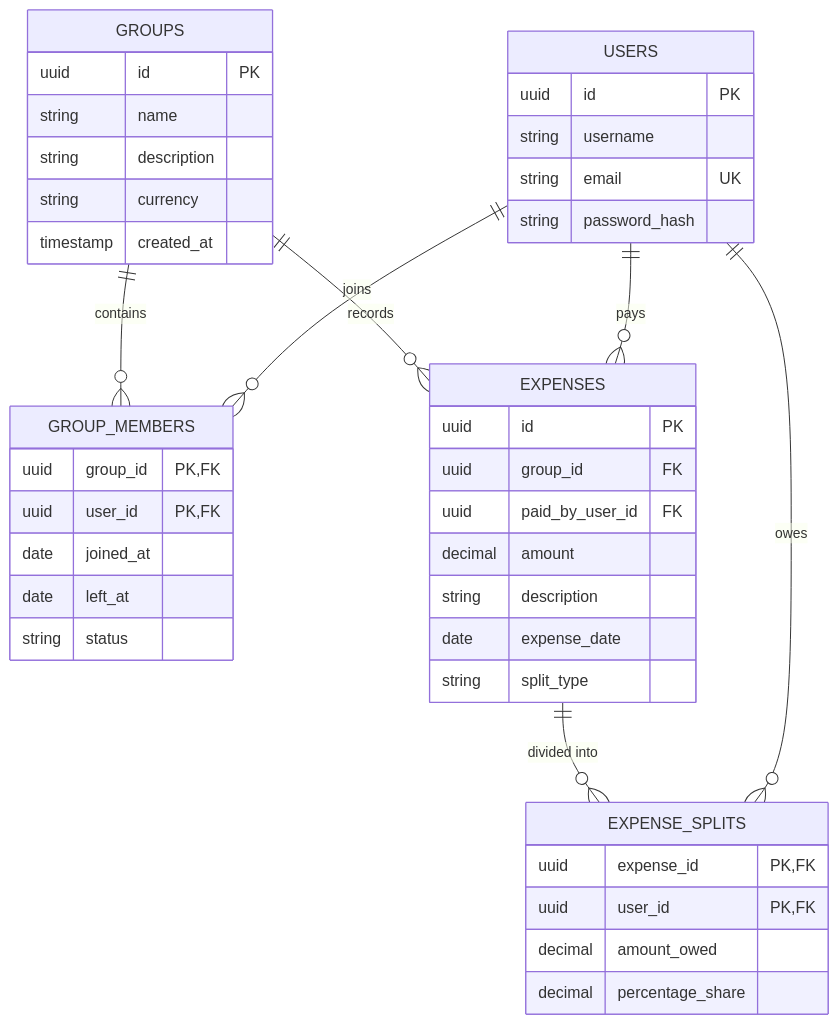
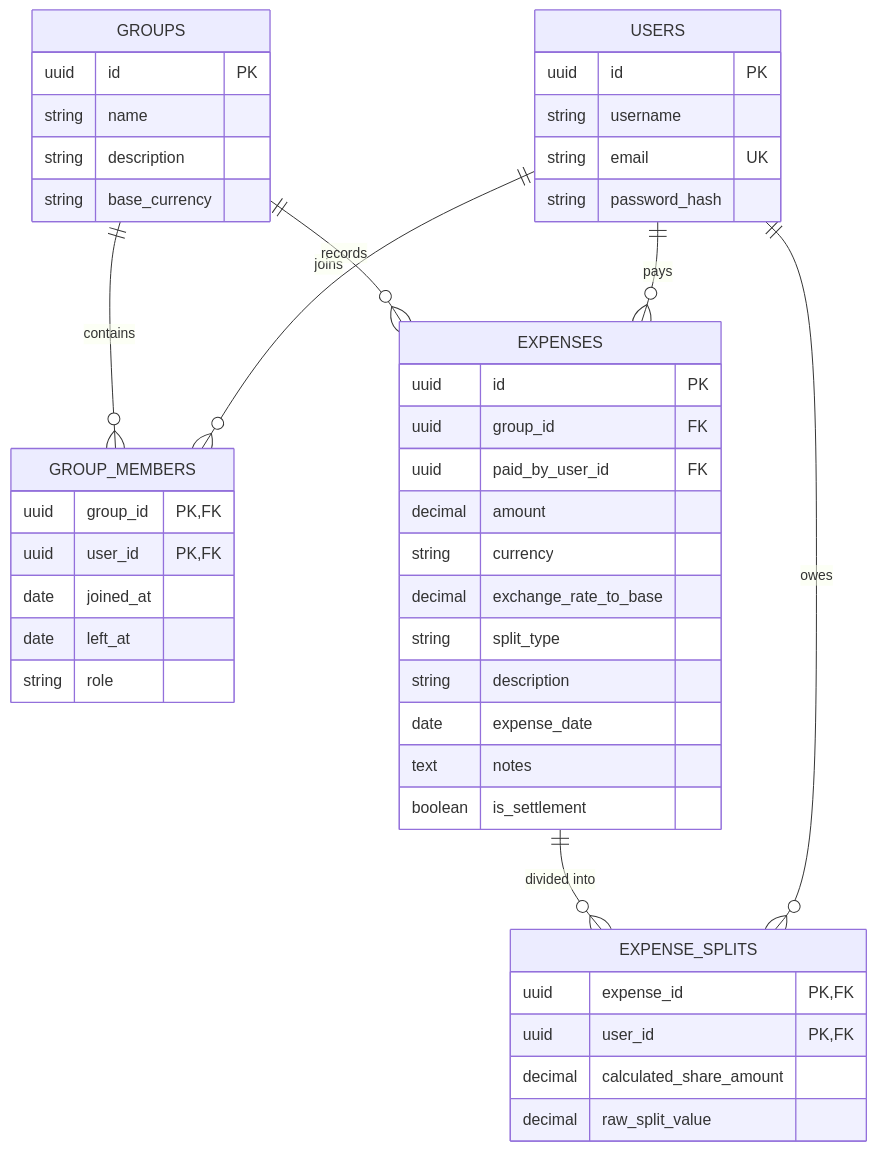
The diagram in SCOPE.md (Divyakri93/Expenses_split), drawn with Mermaid before and after one commit. The commit also changed other lines of this file and 3 other files, not shown here.

````diff
--- a/SCOPE.md
+++ b/SCOPE.md
@@ -30,49 +26,52 @@
 ```mermaid
 erDiagram
     USERS ||--o{ GROUP_MEMBERS : "joins"
     USERS ||--o{ EXPENSES : "pays"
     USERS ||--o{ EXPENSE_SPLITS : "owes"
     GROUPS ||--o{ GROUP_MEMBERS : "contains"
     GROUPS ||--o{ EXPENSES : "records"
     EXPENSES ||--o{ EXPENSE_SPLITS : "divided into"
 
     USERS {
         uuid id PK
         string username
         string email UK
         string password_hash
     }
     
     GROUPS {
         uuid id PK
         string name
         string description
-        string currency
-        timestamp created_at
+        string base_currency
     }
 
     GROUP_MEMBERS {
         uuid group_id PK, FK
         uuid user_id PK, FK
         date joined_at
         date left_at
-        string status
+        string role
     }
 
     EXPENSES {
         uuid id PK
         uuid group_id FK
         uuid paid_by_user_id FK
         decimal amount
+        string currency
+        decimal exchange_rate_to_base
+        string split_type
         string description
         date expense_date
-        string split_type
+        text notes
+        boolean is_settlement
     }
 
     EXPENSE_SPLITS {
         uuid expense_id PK, FK
         uuid user_id PK, FK
-        decimal amount_owed
-        decimal percentage_share
+        decimal calculated_share_amount
+        decimal raw_split_value
     }
 ```
````
